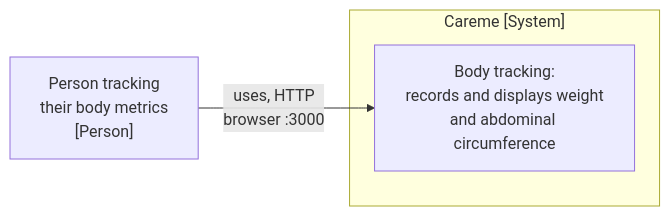
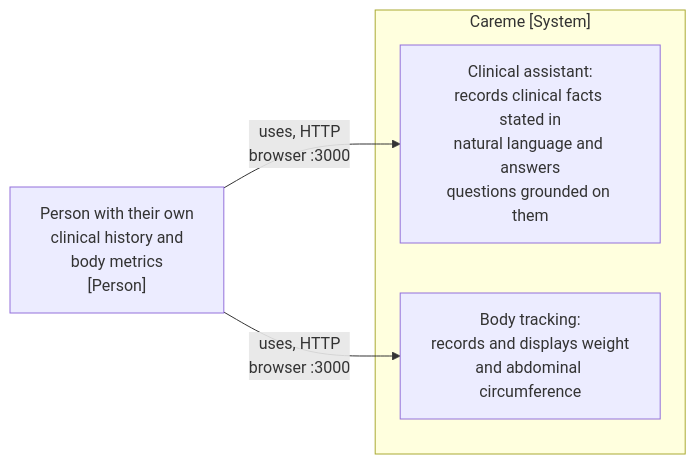
One commit to devmauriciopineda/careme changed the first of 4 diagrams in docs/architecture.md. Above: the diagram before and after it, drawn with Mermaid. The commit also changed other lines of this file and 11 other files, not shown here.

Commit message:
Update roadmap

````diff
--- a/docs/architecture.md
+++ b/docs/architecture.md
@@ -53,8 +53,10 @@
 ```mermaid
 flowchart LR
-    person["Person tracking<br/>their body metrics<br/>[Person]"]
+    person["Person with their own<br/>clinical history and<br/>body metrics<br/>[Person]"]
     subgraph careme["Careme [System]"]
-        app["Body tracking:<br/>records and displays weight<br/>and abdominal circumference"]
+        chat["Clinical assistant:<br/>records clinical facts stated in<br/>natural language and answers<br/>questions grounded on them"]
+        body["Body tracking:<br/>records and displays weight<br/>and abdominal circumference"]
     end
-    person -->|"uses, HTTP<br/>browser :3000"| app
+    person -->|"uses, HTTP<br/>browser :3000"| chat
+    person -->|"uses, HTTP<br/>browser :3000"| body
 ```
````
